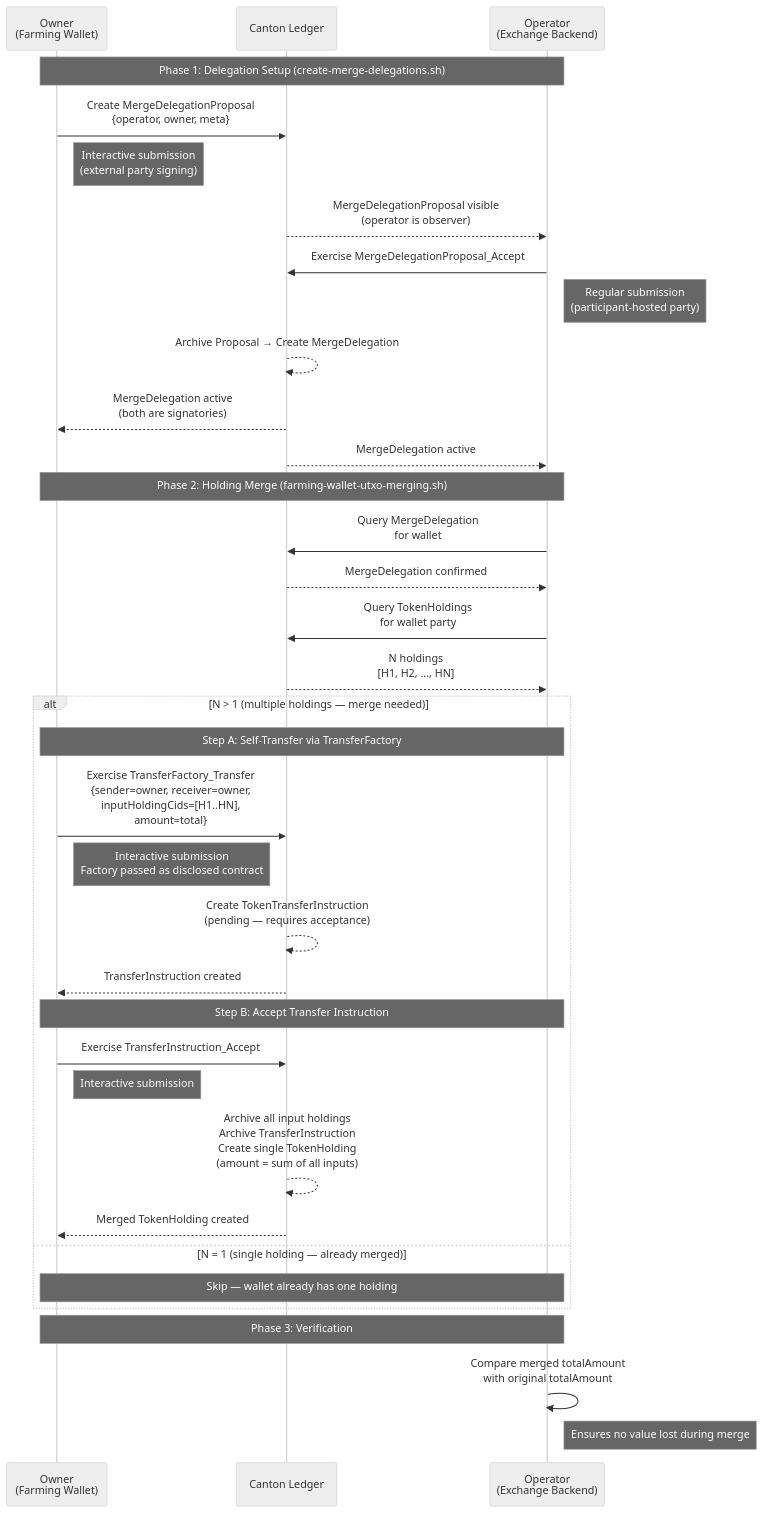
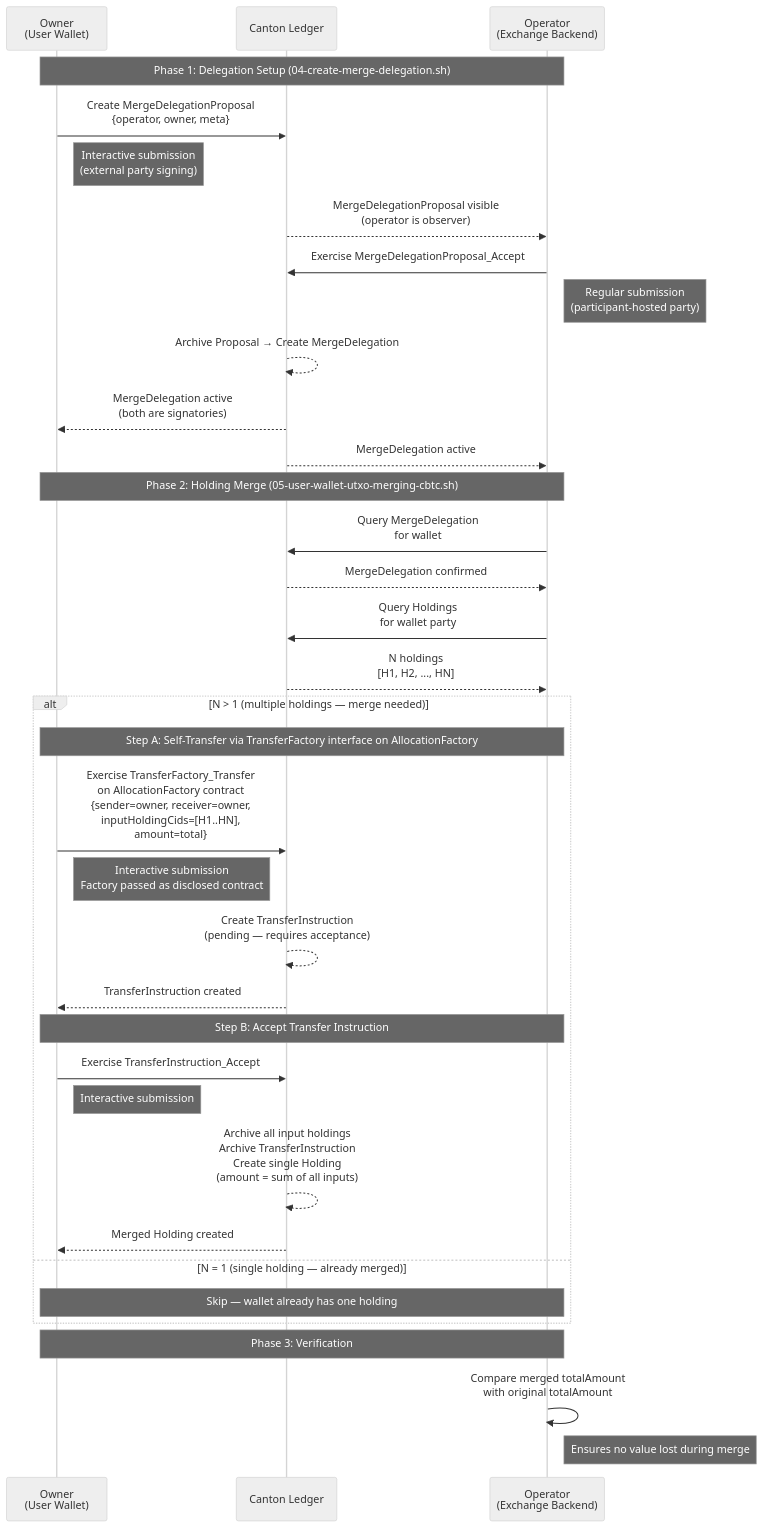
Before and after one commit to anhlh2311/cn-quickstart: the diagram in quickstart/docker/utxo-handling/README.md, drawn with Mermaid (neutral theme). The commit also changed other lines of this file and 18 other files, not shown here.

Commit message:
code: update wallet generation & merging scripts

````diff
--- a/quickstart/docker/utxo-handling/README.md
+++ b/quickstart/docker/utxo-handling/README.md
@@ -291,48 +442,48 @@
 ```mermaid
 sequenceDiagram
-    participant Owner as Owner<br/>(Farming Wallet)
+    participant Owner as Owner<br/>(User Wallet)
     participant Ledger as Canton Ledger
     participant Operator as Operator<br/>(Exchange Backend)
 
-    Note over Owner,Operator: Phase 1: Delegation Setup (create-merge-delegations.sh)
+    Note over Owner,Operator: Phase 1: Delegation Setup (04-create-merge-delegation.sh)
 
     Owner->>Ledger: Create MergeDelegationProposal<br/>{operator, owner, meta}
     Note right of Owner: Interactive submission<br/>(external party signing)
     Ledger-->>Operator: MergeDelegationProposal visible<br/>(operator is observer)
     Operator->>Ledger: Exercise MergeDelegationProposal_Accept
     Note right of Operator: Regular submission<br/>(participant-hosted party)
     Ledger-->>Ledger: Archive Proposal → Create MergeDelegation
     Ledger-->>Owner: MergeDelegation active<br/>(both are signatories)
     Ledger-->>Operator: MergeDelegation active
 
-    Note over Owner,Operator: Phase 2: Holding Merge (farming-wallet-utxo-merging.sh)
+    Note over Owner,Operator: Phase 2: Holding Merge (05-user-wallet-utxo-merging-cbtc.sh)
 
     Operator->>Ledger: Query MergeDelegation<br/>for wallet
     Ledger-->>Operator: MergeDelegation confirmed
 
-    Operator->>Ledger: Query TokenHoldings<br/>for wallet party
+    Operator->>Ledger: Query Holdings<br/>for wallet party
     Ledger-->>Operator: N holdings<br/>[H1, H2, ..., HN]
 
     alt N > 1 (multiple holdings — merge needed)
-        Note over Owner,Operator: Step A: Self-Transfer via TransferFactory
+        Note over Owner,Operator: Step A: Self-Transfer via TransferFactory interface on AllocationFactory
 
-        Owner->>Ledger: Exercise TransferFactory_Transfer<br/>{sender=owner, receiver=owner,<br/>inputHoldingCids=[H1..HN],<br/>amount=total}
+        Owner->>Ledger: Exercise TransferFactory_Transfer<br/>on AllocationFactory contract<br/>{sender=owner, receiver=owner,<br/>inputHoldingCids=[H1..HN],<br/>amount=total}
         Note right of Owner: Interactive submission<br/>Factory passed as disclosed contract
-        Ledger-->>Ledger: Create TokenTransferInstruction<br/>(pending — requires acceptance)
+        Ledger-->>Ledger: Create TransferInstruction<br/>(pending — requires acceptance)
         Ledger-->>Owner: TransferInstruction created
 
         Note over Owner,Operator: Step B: Accept Transfer Instruction
 
         Owner->>Ledger: Exercise TransferInstruction_Accept
         Note right of Owner: Interactive submission
-        Ledger-->>Ledger: Archive all input holdings<br/>Archive TransferInstruction<br/>Create single TokenHolding<br/>(amount = sum of all inputs)
-        Ledger-->>Owner: Merged TokenHolding created
+        Ledger-->>Ledger: Archive all input holdings<br/>Archive TransferInstruction<br/>Create single Holding<br/>(amount = sum of all inputs)
+        Ledger-->>Owner: Merged Holding created
     else N = 1 (single holding — already merged)
         Note over Owner,Operator: Skip — wallet already has one holding
     end
 
     Note over Owner,Operator: Phase 3: Verification
 
     Operator->>Operator: Compare merged totalAmount<br/>with original totalAmount
     Note right of Operator: Ensures no value lost during merge
 ```
````
